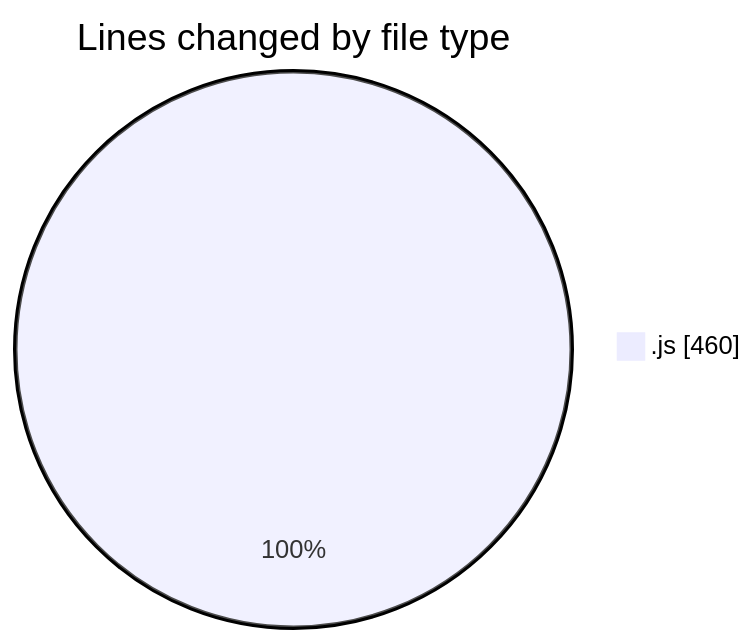
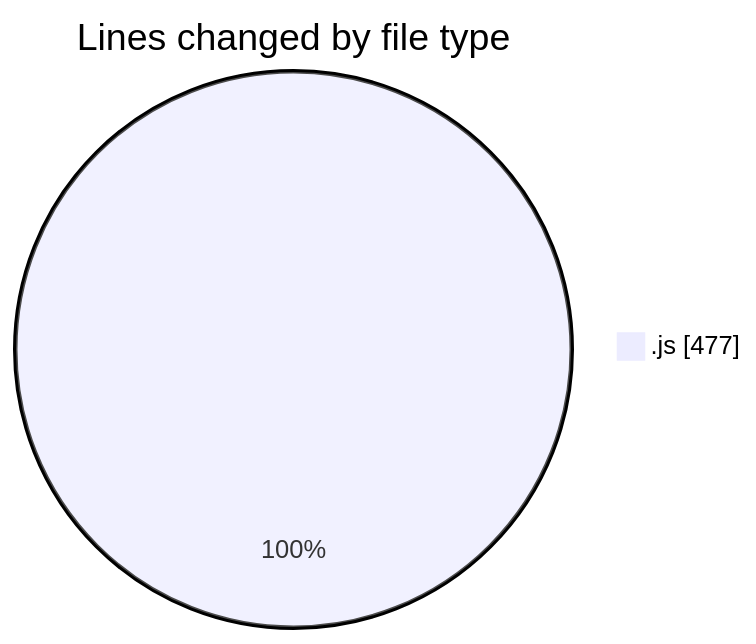
Before and after one commit to lephambinh05/code-tracking: the first of 2 diagrams in 2025-07-10/mail-listener2-0_1_3/README.md, drawn with Mermaid. The commit also changed other lines of this file and 1 other file, not shown here.

````diff
--- a/2025-07-10/mail-listener2-0_1_3/README.md
+++ b/2025-07-10/mail-listener2-0_1_3/README.md
@@ -23,5 +23,5 @@
 ```mermaid
 pie showData
 title Lines changed by file type
-".js" : 460
+".js" : 477
 ```
````
